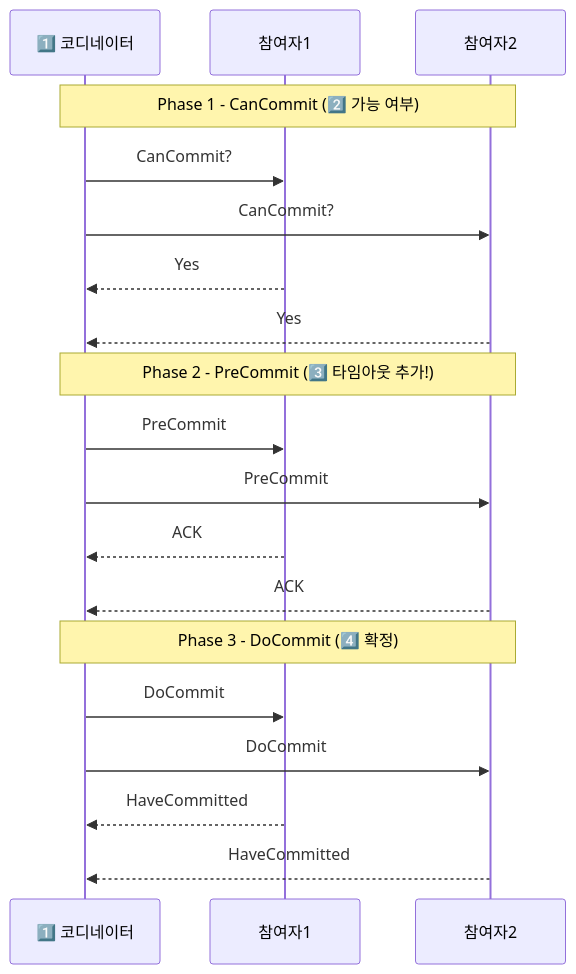
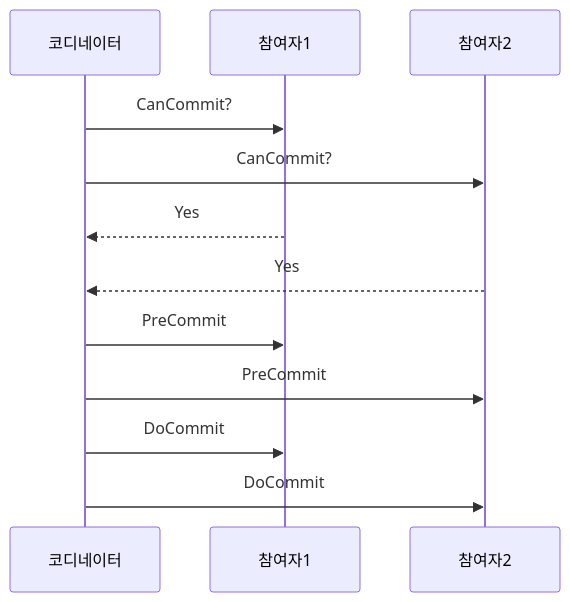
Before and after one commit to yjkim2015/yjkim2015.github.io: the fourth of 14 diagrams in _posts/architecture/2026-05-02-distributed-transaction-deep.md, drawn with Mermaid. The commit also changed other lines of this file and 215 other files, not shown here.

First line of the commit message:
신규 포스트 10개 추가 + Mermaid 전면 축소 + SystemDesign 시리즈 보강

````diff
--- a/_posts/architecture/2026-05-02-distributed-transaction-deep.md
+++ b/_posts/architecture/2026-05-02-distributed-transaction-deep.md
@@ -101,24 +80,14 @@
 ```mermaid
 sequenceDiagram
-    participant C as 1️⃣ 코디네이터
+    participant C as 코디네이터
     participant P1 as 참여자1
     participant P2 as 참여자2
-
-    Note over C,P2: Phase 1 - CanCommit (2️⃣ 가능 여부)
     C->>P1: CanCommit?
     C->>P2: CanCommit?
     P1-->>C: Yes
     P2-->>C: Yes
-
-    Note over C,P2: Phase 2 - PreCommit (3️⃣ 타임아웃 추가!)
     C->>P1: PreCommit
     C->>P2: PreCommit
-    P1-->>C: ACK
-    P2-->>C: ACK
-
-    Note over C,P2: Phase 3 - DoCommit (4️⃣ 확정)
     C->>P1: DoCommit
     C->>P2: DoCommit
-    P1-->>C: HaveCommitted
-    P2-->>C: HaveCommitted
 ```
````
